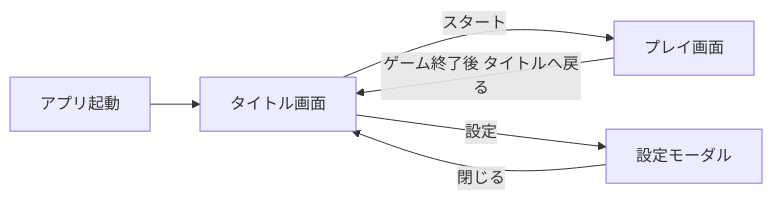
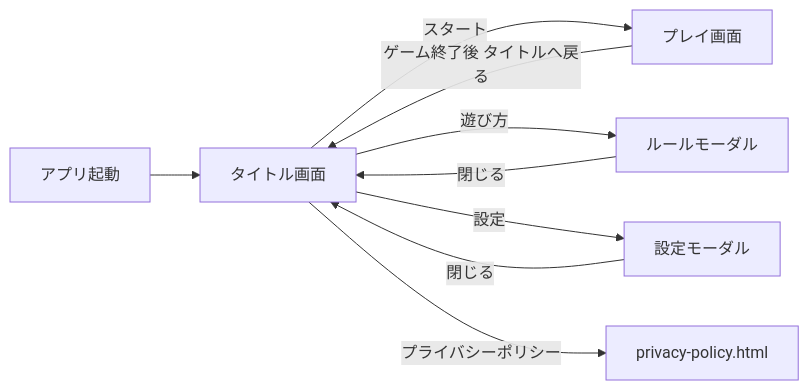
One commit to iretdx-hiroto-ishii/MEMORY_GAME changed the diagram in docs/design/title-screen.md. Above: the diagram before and after it, drawn with Mermaid. The commit also changed other lines of this file, not shown here.

````diff
--- a/docs/design/title-screen.md
+++ b/docs/design/title-screen.md
@@ -58,8 +59,11 @@
 ```mermaid
 flowchart LR
   A[アプリ起動] --> B[タイトル画面]
   B -->|スタート| C[プレイ画面]
-  B -->|設定| D[設定モーダル]
+  B -->|遊び方| D[ルールモーダル]
   D -->|閉じる| B
+  B -->|設定| E[設定モーダル]
+  E -->|閉じる| B
+  B -->|プライバシーポリシー| F[privacy-policy.html]
   C -->|ゲーム終了後 タイトルへ戻る| B
 ```
````
